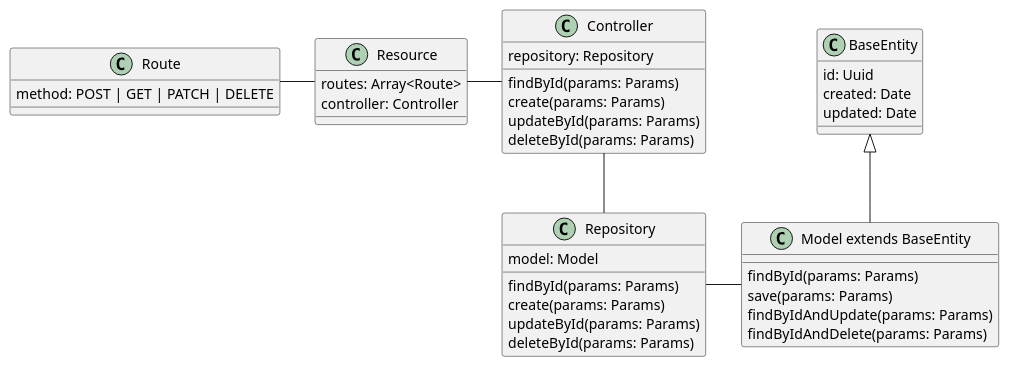
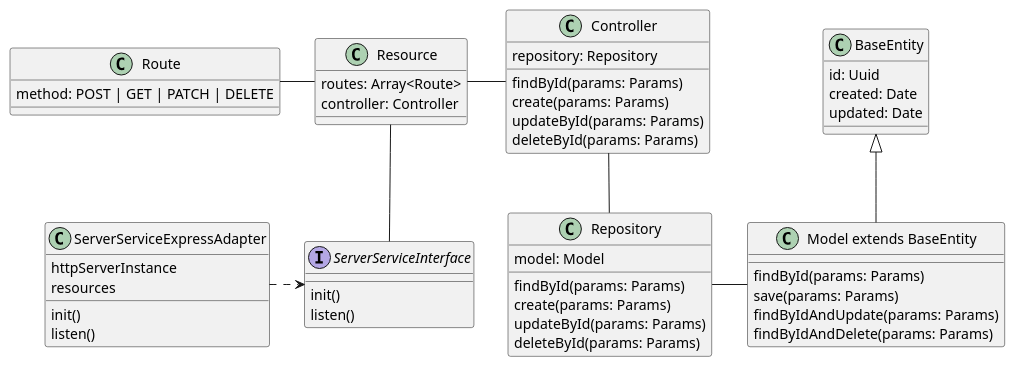
One commit to Martenda/geopredict changed the diagram in backend/api/docs/structure.puml. Above: the diagram before and after it, drawn with PlantUML. The commit also changed 20 other files, not shown here.

```diff
--- a/backend/api/docs/structure.puml
+++ b/backend/api/docs/structure.puml
@@ -1,46 +1,60 @@
 @startuml geopredict class diagram
 
 class BaseEntity {
     id: Uuid
     created: Date
     updated: Date
 }
 
 class Route {
     method: POST | GET | PATCH | DELETE
 
 }
 
 class Resource {
     routes: Array<Route>
     controller: Controller
+}
+
+interface ServerServiceInterface {
+    init()
+    listen()
+}
+
+class ServerServiceExpressAdapter {
+    httpServerInstance
+    resources
+    init()
+    listen()
 }
 
 class Controller {
     repository: Repository
     findById(params: Params)
     create(params: Params)
     updateById(params: Params)
     deleteById(params: Params)
 }
 
 class Repository {
     model: Model
     findById(params: Params)
     create(params: Params)
     updateById(params: Params)
     deleteById(params: Params)
 }
 
 class "Model extends BaseEntity" {
     findById(params: Params)
     save(params: Params)
     findByIdAndUpdate(params: Params)
     findByIdAndDelete(params: Params)    
 }
 Route - Resource
 Resource - Controller
 Controller -- Repository
 BaseEntity <|-- "Model extends BaseEntity"
 Repository - "Model extends BaseEntity"
+Resource -- ServerServiceInterface
+ServerServiceExpressAdapter .> ServerServiceInterface
 @enduml
```
